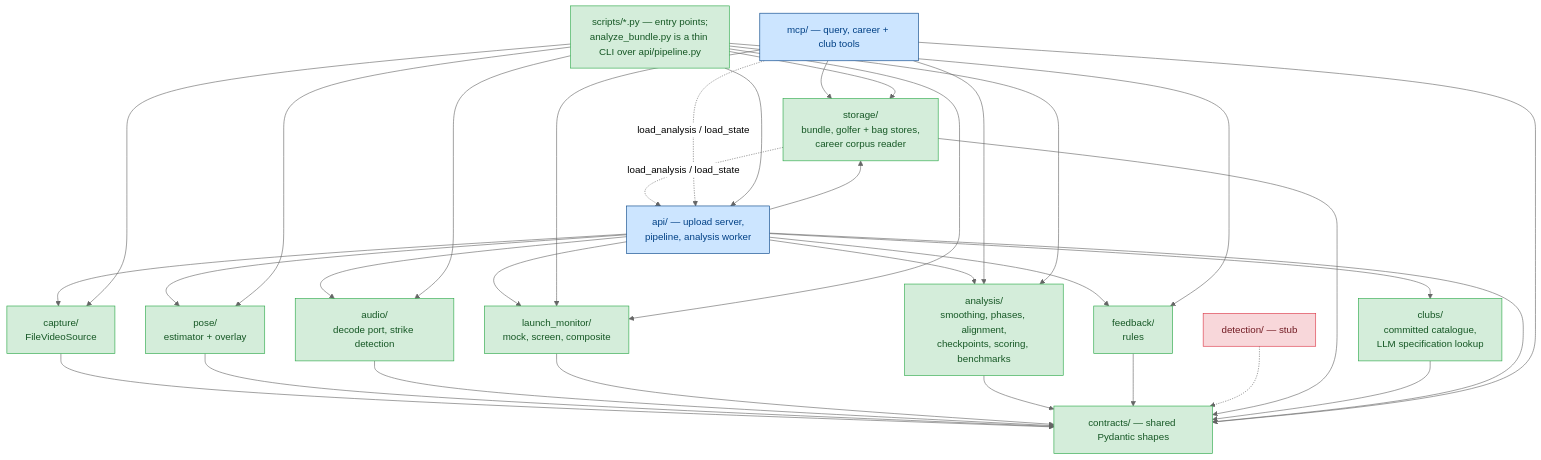
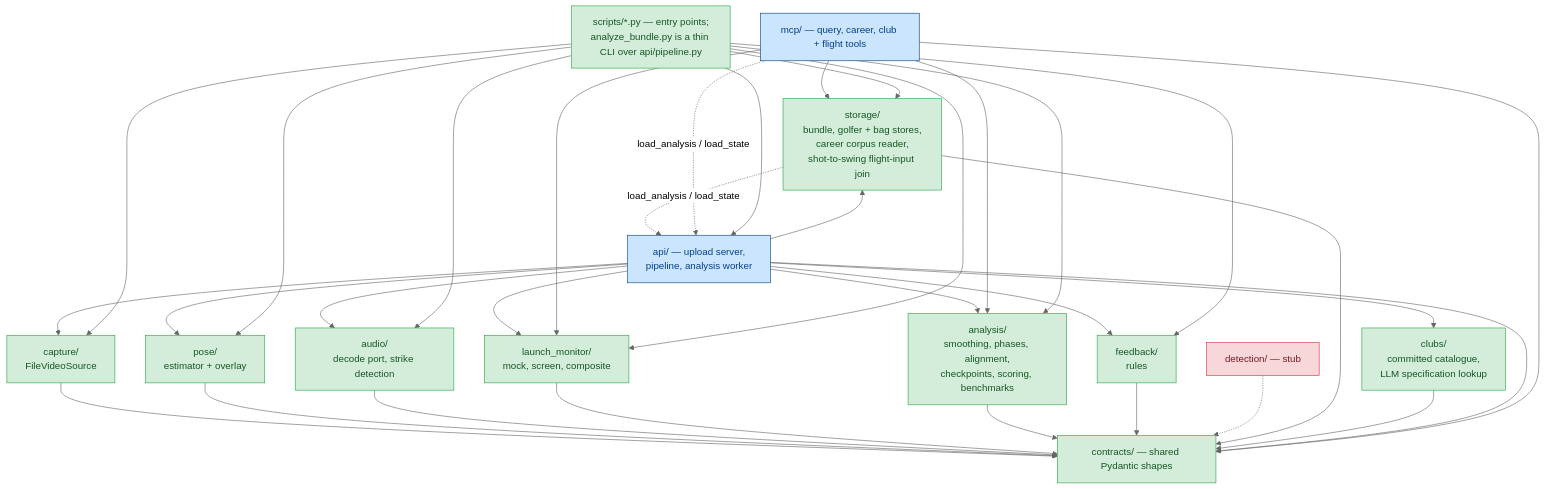
Before and after one commit to MildTreeRat/golf-coach: the second of 3 diagrams in docs/ARCHITECTURE.md, drawn with Mermaid (neutral theme). The commit also changed other lines of this file and 63 other files, not shown here.

````diff
--- a/docs/ARCHITECTURE.md
+++ b/docs/ARCHITECTURE.md
@@ -187,49 +212,49 @@
 ```mermaid
 flowchart TD
     C["contracts/ — shared Pydantic shapes"]
 
     CAP["capture/<br/>FileVideoSource"] --> C
     POSE["pose/<br/>estimator + overlay"] --> C
     AUD["audio/<br/>decode port, strike detection"] --> C
     LMM["launch_monitor/<br/>mock, screen, composite"] --> C
     ANA["analysis/<br/>smoothing, phases, alignment,<br/>checkpoints, scoring, benchmarks"] --> C
     FB["feedback/<br/>rules"] --> C
     DET["detection/ — stub"] -.-> C
-    STO["storage/<br/>bundle, golfer + bag stores,<br/>career corpus reader"] --> C
+    STO["storage/<br/>bundle, golfer + bag stores,<br/>career corpus reader,<br/>shot-to-swing flight-input join"] --> C
     CLB["clubs/<br/>committed catalogue,<br/>LLM specification lookup"] --> C
 
     API["api/ — upload server,<br/>pipeline, analysis worker"] --> C
-    MCP["mcp/ — query, career + club tools"] --> C
+    MCP["mcp/ — query, career, club + flight tools"] --> C
 
     API --> CAP
     API --> POSE
     API --> AUD
     API --> ANA
     API --> FB
     API --> LMM
     API --> STO
     API --> CLB
 
     MCP --> ANA
     MCP --> STO
     MCP --> LMM
 
     STO -. "load_analysis / load_state" .-> API
     MCP -. "load_analysis / load_state" .-> API
 
     CLI["scripts/*.py — entry points;<br/>analyze_bundle.py is a thin CLI over api/pipeline.py"] --> API
     CLI --> CAP
     CLI --> POSE
     CLI --> AUD
     CLI --> ANA
     CLI --> FB
     CLI --> LMM
     CLI --> STO
 
     classDef built fill:#d4edda,stroke:#28a745,color:#155724;
     classDef stub fill:#f8d7da,stroke:#dc3545,color:#721c24;
     classDef shell fill:#cce5ff,stroke:#004085,color:#004085;
     class C,CAP,POSE,AUD,LMM,ANA,FB,CLI,STO,CLB built;
     class API,MCP shell;
     class DET stub;
 ```
````
